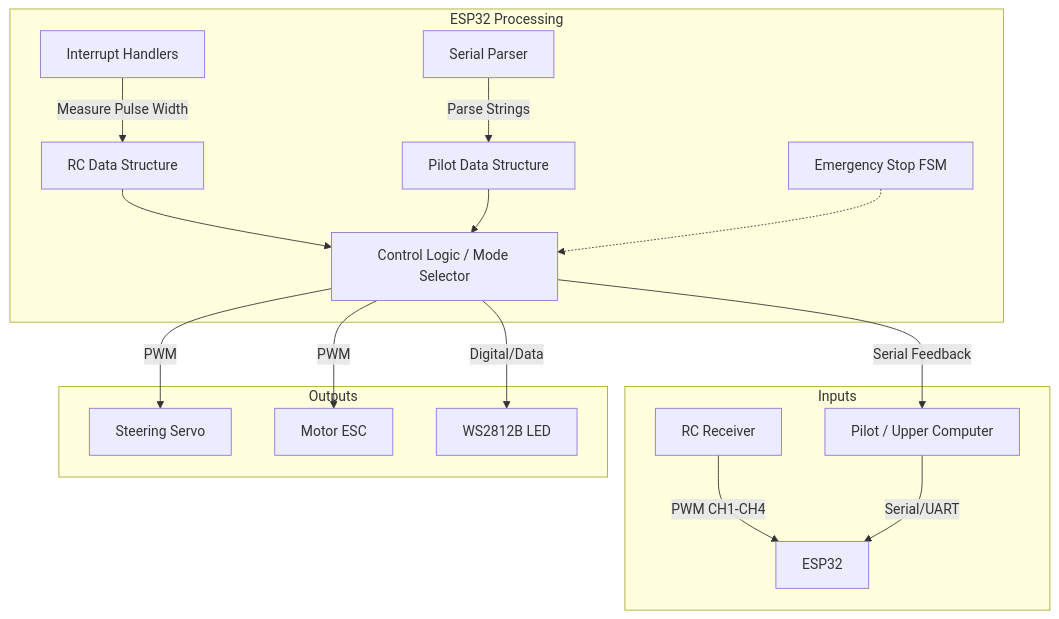
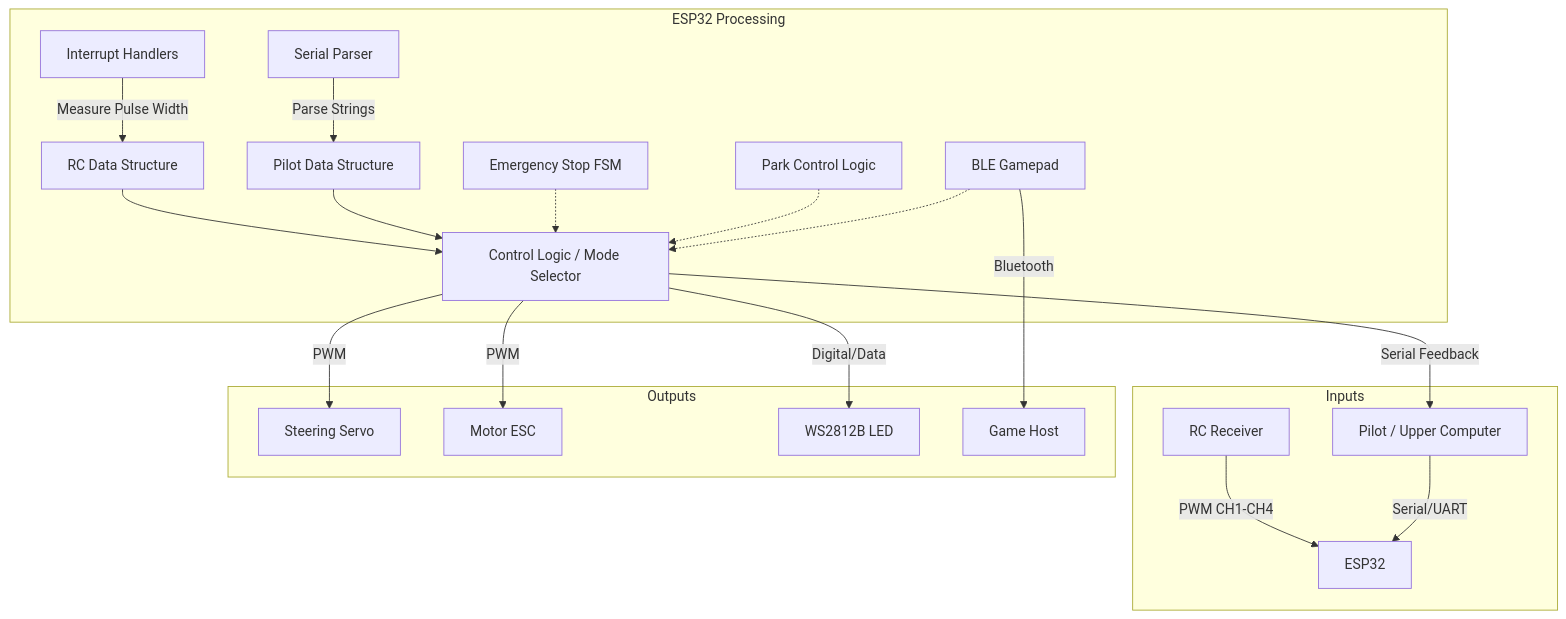
The first of 4 diagrams in mus4/Doc/Arch/architecture.md (DonkeyDrift/Firmware), drawn with Mermaid before and after one commit. The commit also changed other lines of this file and 2 other files, not shown here.

````diff
--- a/mus4/Doc/Arch/architecture.md
+++ b/mus4/Doc/Arch/architecture.md
@@ -17,25 +18,28 @@
 ```mermaid
 graph TD
     subgraph Inputs
         RC[RC Receiver] -->|PWM CH1-CH4| ESP32
         PC[Pilot / Upper Computer] -->|Serial/UART| ESP32
     end
 
     subgraph ESP32 Processing
         INT[Interrupt Handlers] -->|Measure Pulse Width| RC_Data[RC Data Structure]
         SER[Serial Parser] -->|Parse Strings| Pilot_Data[Pilot Data Structure]
         
         Logic[Control Logic / Mode Selector]
         RC_Data --> Logic
         Pilot_Data --> Logic
         
         EST[Emergency Stop FSM] -.-> Logic
+        Park[Park Control Logic] -.-> Logic
+        BLE[BLE Gamepad] -.-> Logic
     end
 
     subgraph Outputs
         Logic -->|PWM| Servo[Steering Servo]
         Logic -->|PWM| ESC[Motor ESC]
         Logic -->|Digital/Data| LED[WS2812B LED]
         Logic -->|Serial Feedback| PC
+        BLE -->|Bluetooth| Host[Game Host]
     end
 ```
````
